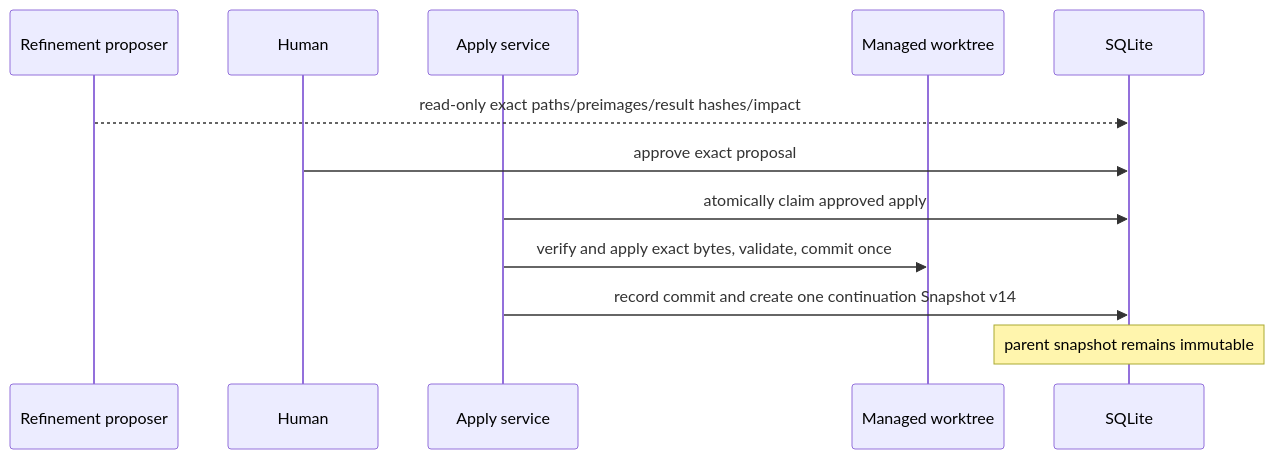
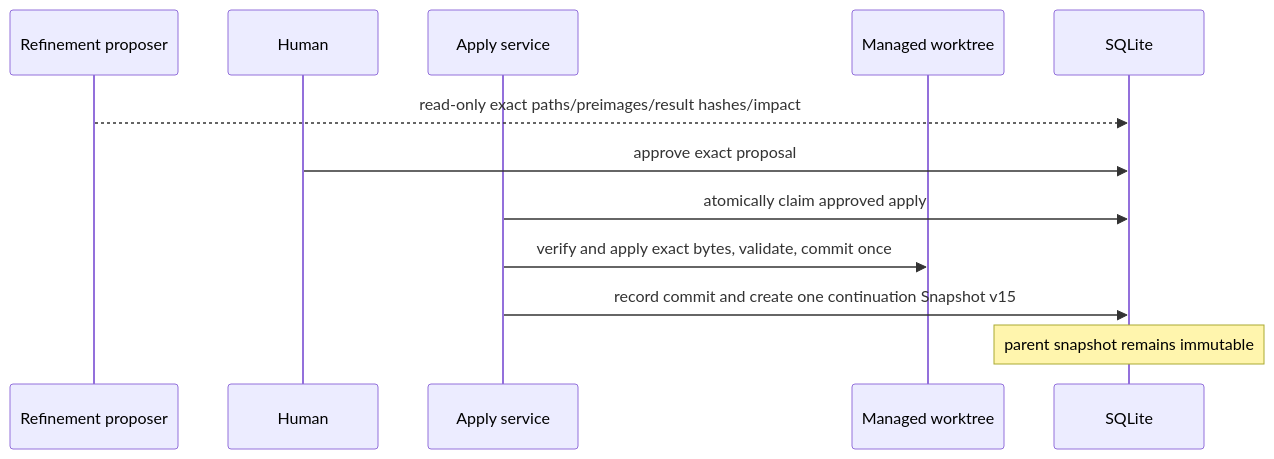
One commit to isinisalo/ballet changed the sixth of 6 diagrams in ARCHITECTURE.md. Above: the diagram before and after it, drawn with Mermaid. The commit also changed other lines of this file and 140 other files, not shown here.

````diff
--- a/ARCHITECTURE.md
+++ b/ARCHITECTURE.md
@@ -143,14 +143,14 @@
 ```mermaid
 sequenceDiagram
   participant P as Refinement proposer
   participant H as Human
   participant A as Apply service
   participant G as Managed worktree
   participant DB as SQLite
   P-->>DB: read-only exact paths/preimages/result hashes/impact
   H->>DB: approve exact proposal
   A->>DB: atomically claim approved apply
   A->>G: verify and apply exact bytes, validate, commit once
-  A->>DB: record commit and create one continuation Snapshot v14
+  A->>DB: record commit and create one continuation Snapshot v15
   Note over DB: parent snapshot remains immutable
 ```
````
